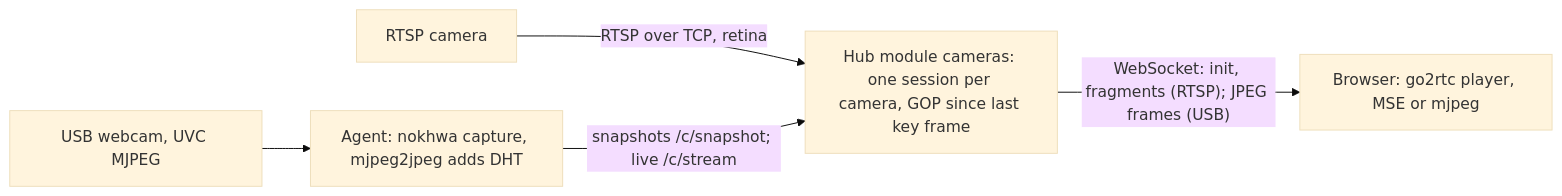
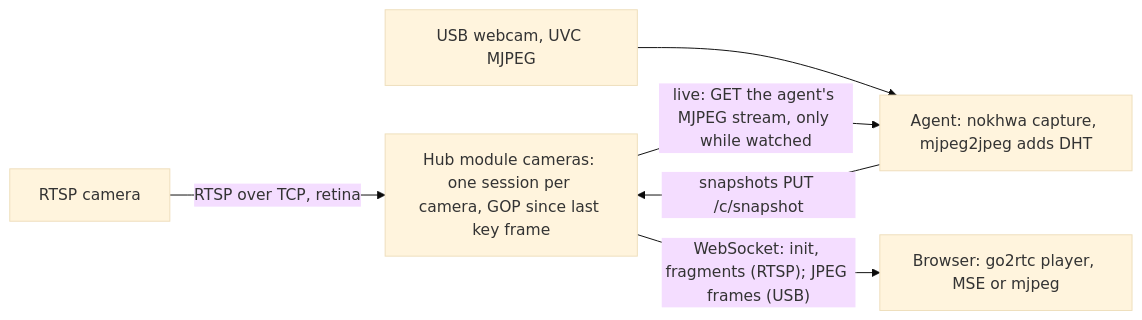
Before and after one commit to CuriousTimo/Maker-Connect: the diagram in docs/design/cameras.md, drawn with Mermaid (base theme). The commit also changed other lines of this file and 5 other files, not shown here.

First line of the commit message:
USB camera live view: the hub reads the agent's stream while someone watches (#93)

````diff
--- a/docs/design/cameras.md
+++ b/docs/design/cameras.md
@@ -14,12 +14,13 @@
 ```mermaid
 flowchart LR
   rtspcam["RTSP camera"]
   usbcam["USB webcam, UVC MJPEG"]
   agent["Agent: nokhwa capture, mjpeg2jpeg adds DHT"]
   hub["Hub module cameras: one session per camera, GOP since last key frame"]
   browser["Browser: go2rtc player, MSE or mjpeg"]
   rtspcam -->|"RTSP over TCP, retina"| hub
   usbcam --> agent
-  agent -->|"snapshots /c/snapshot; live /c/stream"| hub
+  agent -->|"snapshots PUT /c/snapshot"| hub
+  hub -->|"live: GET the agent's MJPEG stream, only while watched"| agent
   hub -->|"WebSocket: init, fragments (RTSP); JPEG frames (USB)"| browser
 ```
````
